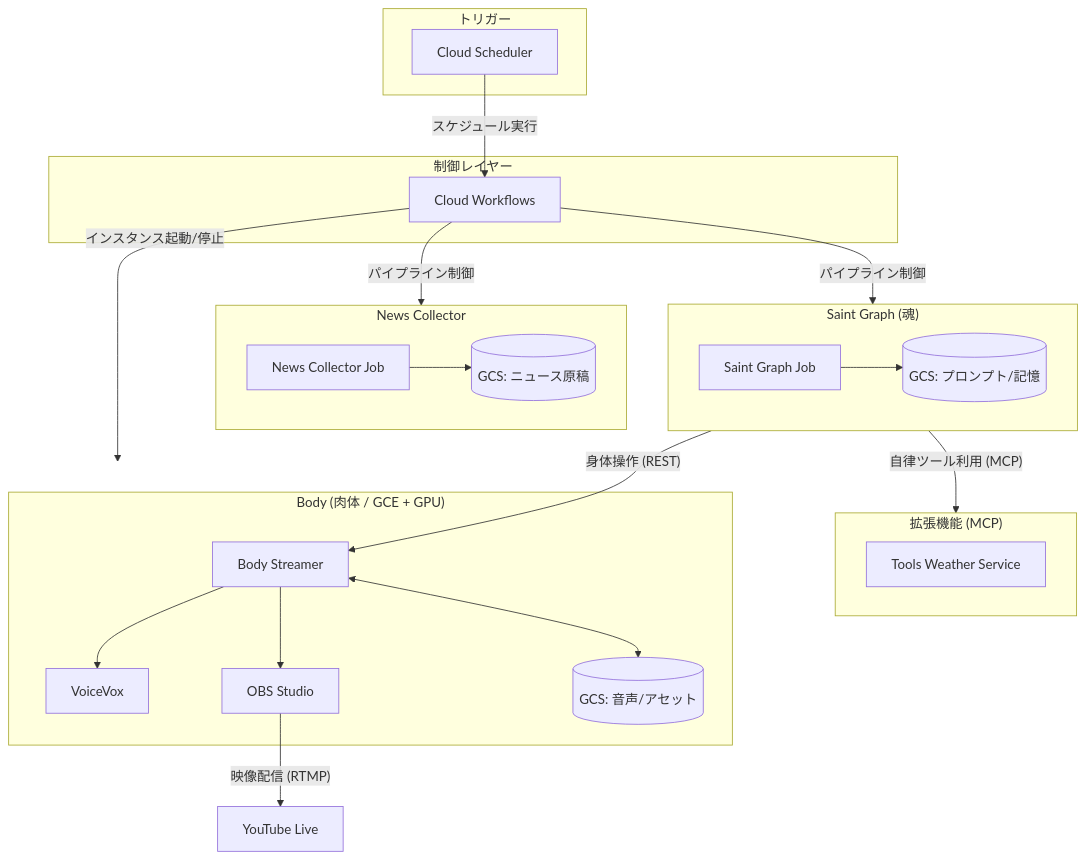
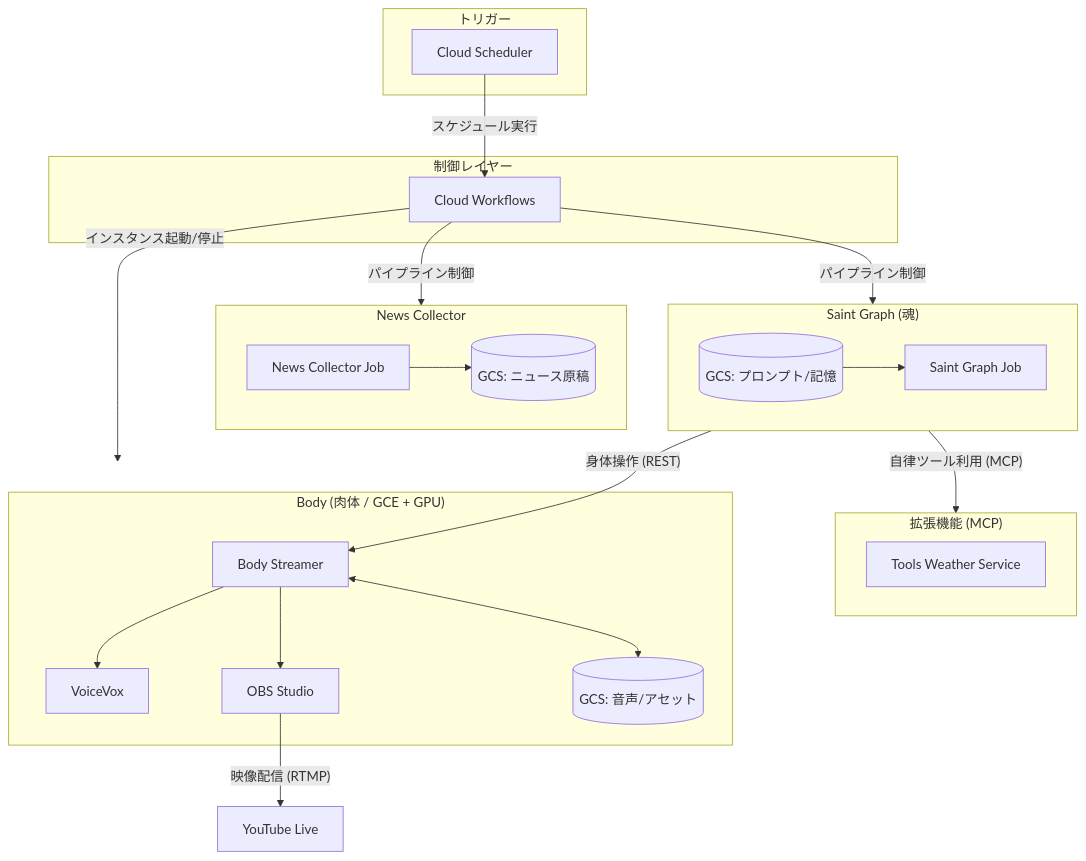
Before and after one commit to koduki/ai-tuber: the diagram in README.md, drawn with Mermaid. The commit also changed 11 other files, not shown here.

````diff
--- a/README.md
+++ b/README.md
@@ -165,49 +165,49 @@
 ```mermaid
 graph TD
     subgraph Trigger ["トリガー"]
         CS[Cloud Scheduler]
     end
 
     subgraph Orchestration ["制御レイヤー"]
         CW[Cloud Workflows]
     end
 
     subgraph News ["News Collector"]
         NC[News Collector Job]
         GCS_N[(GCS: ニュース原稿)]
         NC --> GCS_N
     end
     
     subgraph SaintGraph ["Saint Graph (魂)"]
         SG[Saint Graph Job]
         GCS_P[(GCS: プロンプト/記憶)]
-        SG --> GCS_P
+        GCS_P --> SG
     end
 
     subgraph Tools ["拡張機能 (MCP)"]
         TW[Tools Weather Service]
     end
 
     subgraph Body ["Body (肉体 / GCE + GPU)"]
         STR[Body Streamer]
         VV[VoiceVox]
         OBS[OBS Studio]
         GCS_M[(GCS: 音声/アセット)]
         STR <--> GCS_M
         STR --> VV
         STR --> OBS
     end
 
     YT[YouTube Live]
 
     %% Flow
     CS -- "スケジュール実行" --> CW
     CW -- "パイプライン制御" --> News
     CW -- "パイプライン制御" --> SaintGraph
     CW -- "インスタンス起動/停止" --> Body
 
     %% Interactions
     SaintGraph -- "身体操作 (REST)" --> STR
     SaintGraph -- "自律ツール利用 (MCP)" --> Tools
     OBS -- "映像配信 (RTMP)" --> YT
 ```
````
